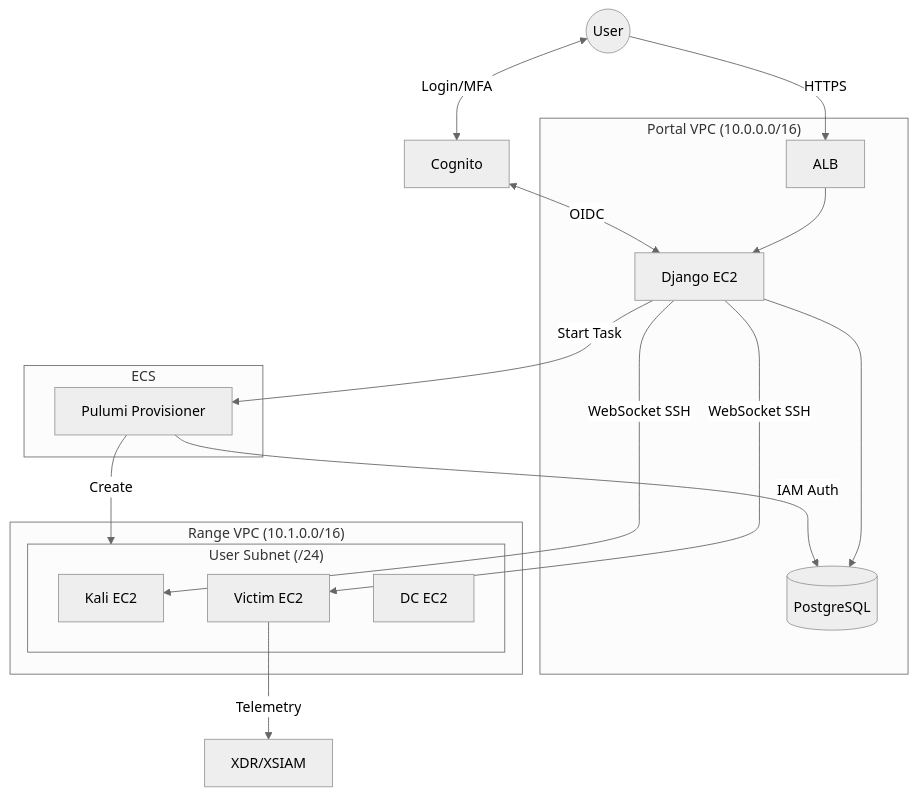
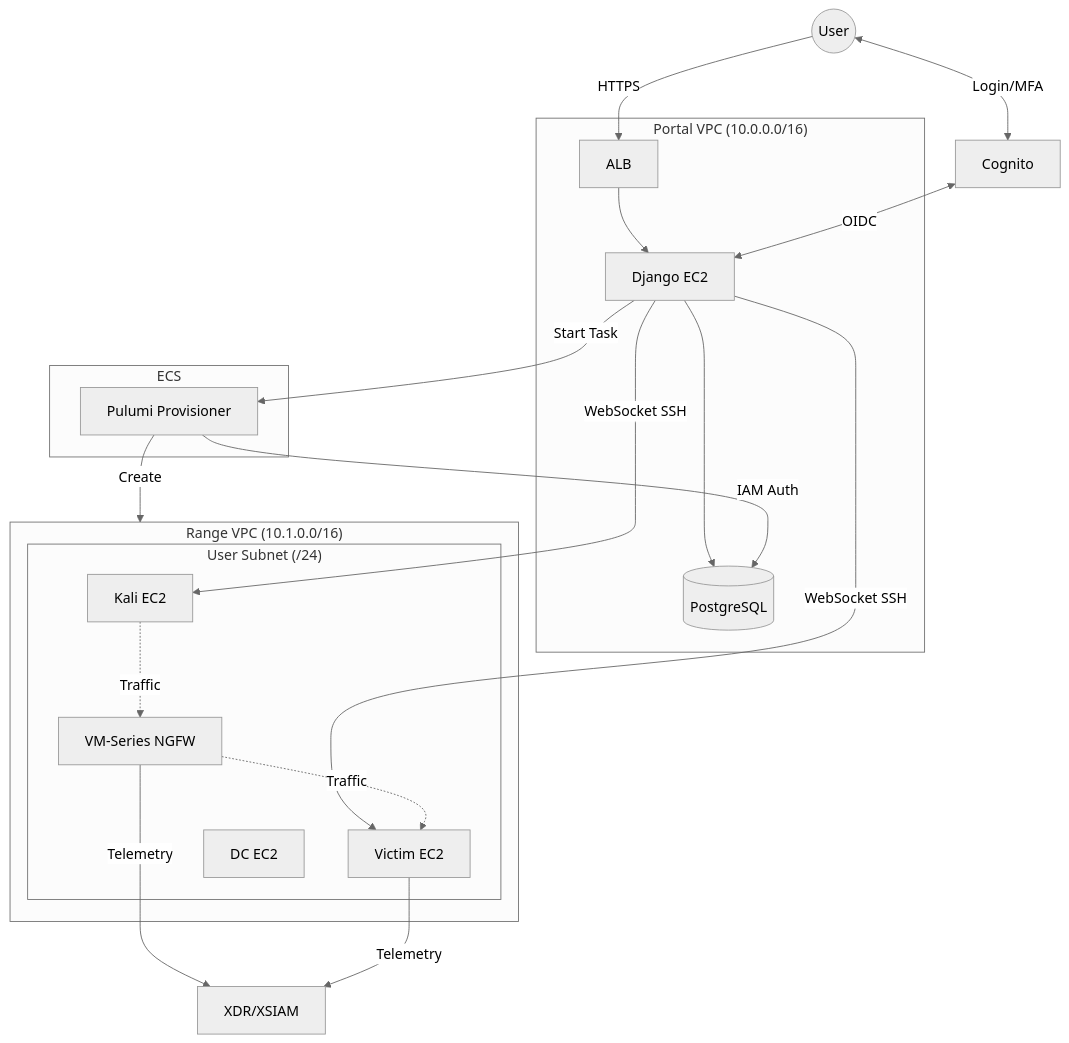
The first of 4 diagrams in portal/documentation/docs/architecture.md (PaloAltoNetworks/shifter), drawn with Mermaid (neutral theme) before and after one commit. The commit also changed other lines of this file and 3 other files, not shown here.

````diff
--- a/portal/documentation/docs/architecture.md
+++ b/portal/documentation/docs/architecture.md
@@ -7,32 +7,36 @@
 ```mermaid
 flowchart TB
     subgraph PORTAL_VPC["Portal VPC (10.0.0.0/16)"]
         ALB[ALB]
         EC2[Django EC2]
         RDS[(PostgreSQL)]
         ALB --> EC2
         EC2 --> RDS
     end
 
     subgraph ECS["ECS"]
         PROV[Pulumi Provisioner]
     end
 
     subgraph RANGE_VPC["Range VPC (10.1.0.0/16)"]
         subgraph SUBNET["User Subnet (/24)"]
             KALI[Kali EC2]
+            NGFW[VM-Series NGFW]
             VICTIM[Victim EC2]
             DC[DC EC2]
         end
     end
 
     USER((User)) -->|HTTPS| ALB
     USER <-->|Login/MFA| COGNITO[Cognito]
     COGNITO <-->|OIDC| EC2
     EC2 -->|WebSocket SSH| KALI
     EC2 -->|WebSocket SSH| VICTIM
     EC2 -->|Start Task| PROV
     PROV -->|IAM Auth| RDS
     PROV -->|Create| SUBNET
-    VICTIM -->|Telemetry| XDR[XDR/XSIAM]
+    KALI -.->|Traffic| NGFW
+    NGFW -.->|Traffic| VICTIM
+    NGFW -->|Telemetry| XDR[XDR/XSIAM]
+    VICTIM -->|Telemetry| XDR
 ```
````
